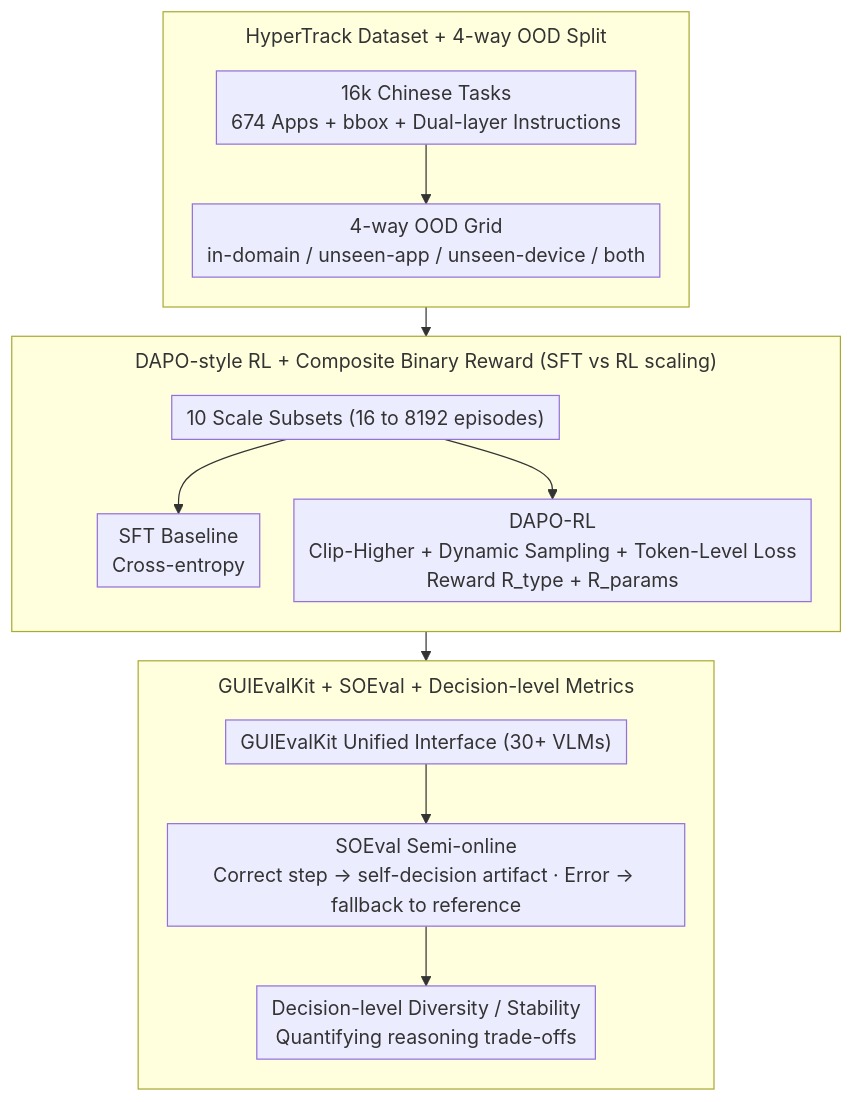
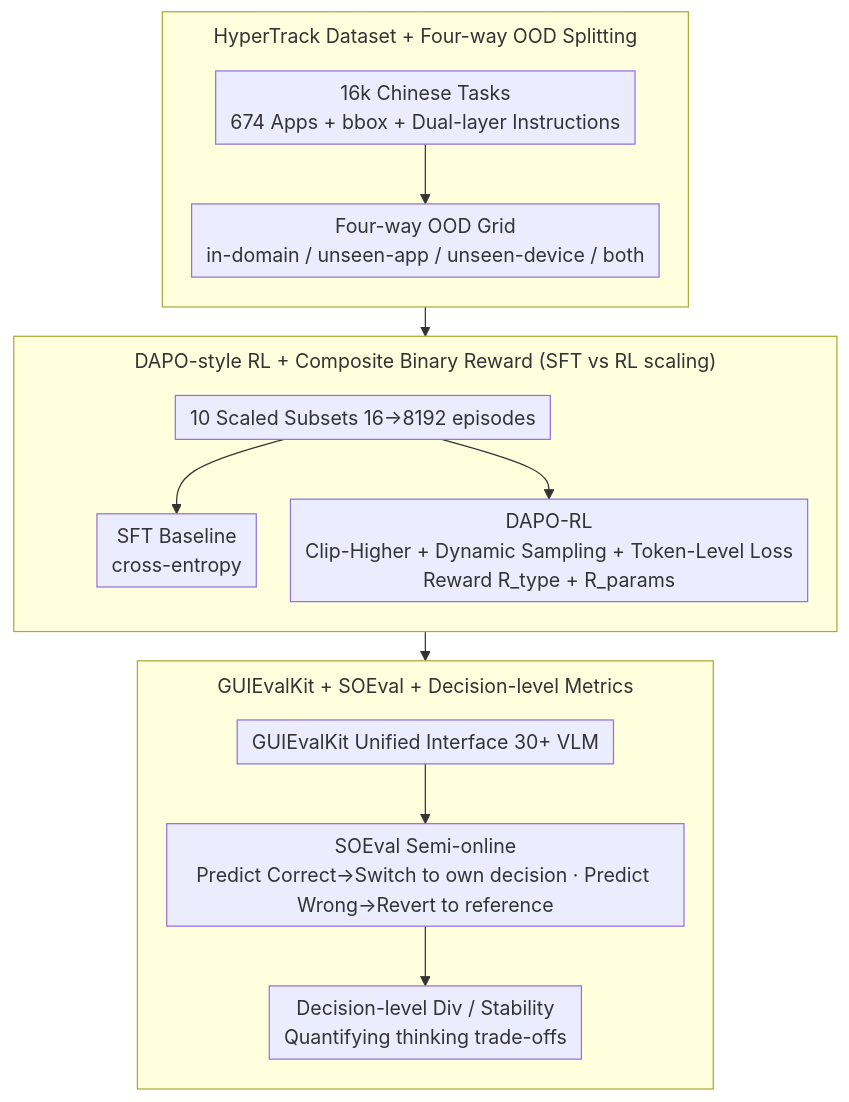
One commit to zhaoyang97/Paper-Notes-en changed the diagram in docs/ICML2026/llm_agent/scaling_benchmarking_and_reasoning_of_vision-language_agents_for_mobile_gui_navi.md. Above: the diagram before and after it, drawn with Mermaid. The commit also changed other lines of this file and 5084 other files, not shown here.

````diff
--- a/docs/ICML2026/llm_agent/scaling_benchmarking_and_reasoning_of_vision-language_agents_for_mobile_gui_navi.md
+++ b/docs/ICML2026/llm_agent/scaling_benchmarking_and_reasoning_of_vision-language_agents_for_mobile_gui_navi.md
@@ -44,20 +44,20 @@
 ```mermaid
 %%{init: {'flowchart': {'rankSpacing': 24, 'nodeSpacing': 28, 'padding': 6, 'wrappingWidth': 400, 'subGraphTitleMargin': {'top': 8, 'bottom': 16}}}}%%
 flowchart TD
-    subgraph DATA["HyperTrack Dataset + 4-way OOD Split"]
+    subgraph DATA["HyperTrack Dataset + Four-way OOD Splitting"]
         direction TB
-        A["16k Chinese Tasks<br/>674 Apps + bbox + Dual-layer Instructions"] --> B["4-way OOD Grid<br/>in-domain / unseen-app / unseen-device / both"]
+        A["16k Chinese Tasks<br/>674 Apps + bbox + Dual-layer Instructions"] --> B["Four-way OOD Grid<br/>in-domain / unseen-app / unseen-device / both"]
     end
     subgraph TRAIN["DAPO-style RL + Composite Binary Reward (SFT vs RL scaling)"]
         direction TB
-        C["10 Scale Subsets (16 to 8192 episodes)"] --> D["SFT Baseline<br/>Cross-entropy"]
+        C["10 Scaled Subsets 16→8192 episodes"] --> D["SFT Baseline<br/>cross-entropy"]
         C --> E["DAPO-RL<br/>Clip-Higher + Dynamic Sampling + Token-Level Loss<br/>Reward R_type + R_params"]
     end
     subgraph EVAL["GUIEvalKit + SOEval + Decision-level Metrics"]
         direction TB
-        F["GUIEvalKit Unified Interface (30+ VLMs)"] --> G["SOEval Semi-online<br/>Correct step -> self-decision artifact · Error -> fallback to reference"]
-        G --> H["Decision-level Diversity / Stability<br/>Quantifying reasoning trade-offs"]
+        F["GUIEvalKit Unified Interface 30+ VLM"] --> G["SOEval Semi-online<br/>Predict Correct→Switch to own decision · Predict Wrong→Revert to reference"]
+        G --> H["Decision-level Div / Stability<br/>Quantifying thinking trade-offs"]
     end
     DATA --> TRAIN
     TRAIN --> F
 ```
````
